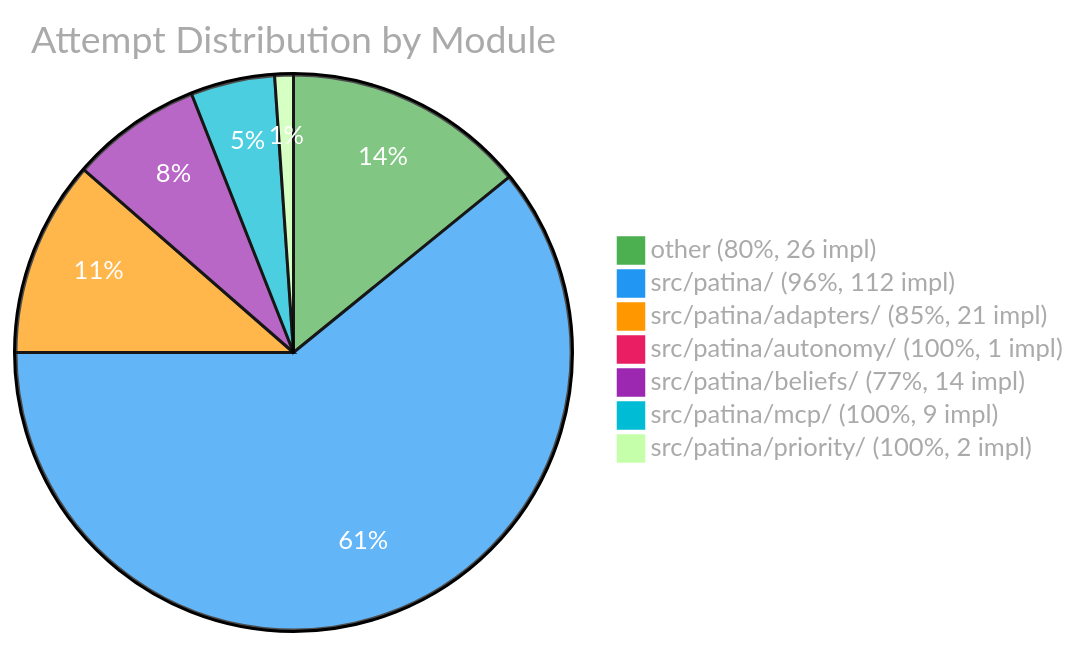
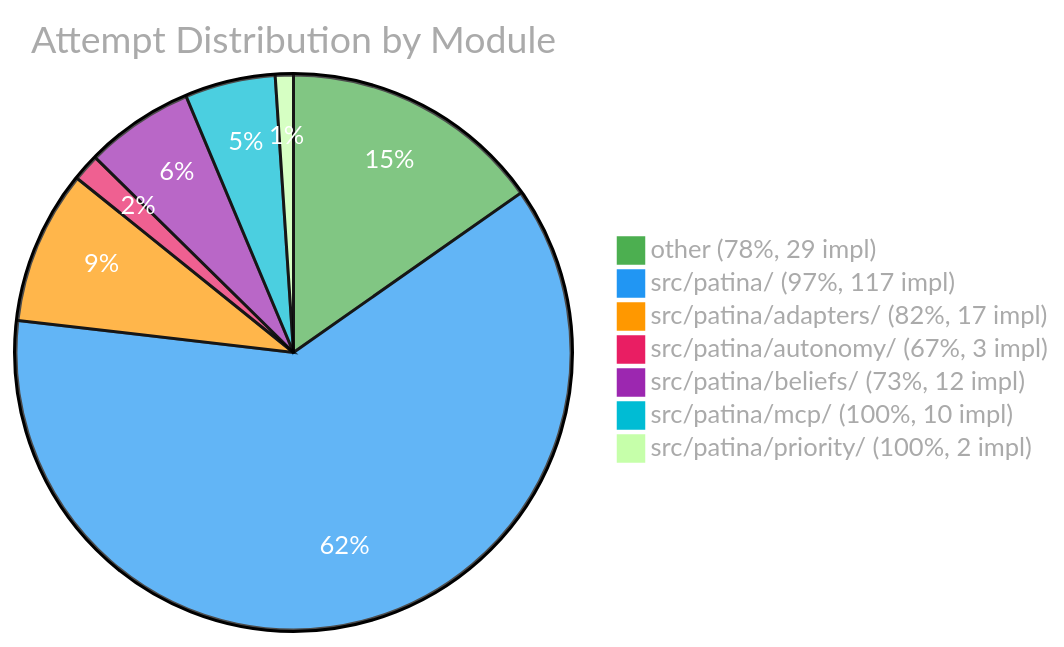
The third of 3 diagrams in EVAL.md (Sanctum-Origo-Systems/patina), drawn with Mermaid before and after one commit. The commit also changed other lines of this file and 1 other file, not shown here.

````diff
--- a/EVAL.md
+++ b/EVAL.md
@@ -37,11 +37,11 @@
 ```mermaid
 %%{init: {'theme': 'base', 'themeVariables': {'pie1': '#4CAF50', 'pie2': '#2196F3', 'pie3': '#FF9800', 'pie4': '#E91E63', 'pie5': '#9C27B0', 'pie6': '#00BCD4', 'pieTitleTextColor': '#aaa', 'pieLegendTextColor': '#aaa', 'pieSectionTextColor': '#fff'}}}%%
 pie title Attempt Distribution by Module
-    "other (80%, 26 impl)" : 26
-    "src/patina/ (96%, 112 impl)" : 112
-    "src/patina/adapters/ (85%, 21 impl)" : 21
-    "src/patina/autonomy/ (100%, 1 impl)" : 1
-    "src/patina/beliefs/ (77%, 14 impl)" : 14
-    "src/patina/mcp/ (100%, 9 impl)" : 9
+    "other (78%, 29 impl)" : 29
+    "src/patina/ (97%, 117 impl)" : 117
+    "src/patina/adapters/ (82%, 17 impl)" : 17
+    "src/patina/autonomy/ (67%, 3 impl)" : 3
+    "src/patina/beliefs/ (73%, 12 impl)" : 12
+    "src/patina/mcp/ (100%, 10 impl)" : 10
     "src/patina/priority/ (100%, 2 impl)" : 2
 ```
````
